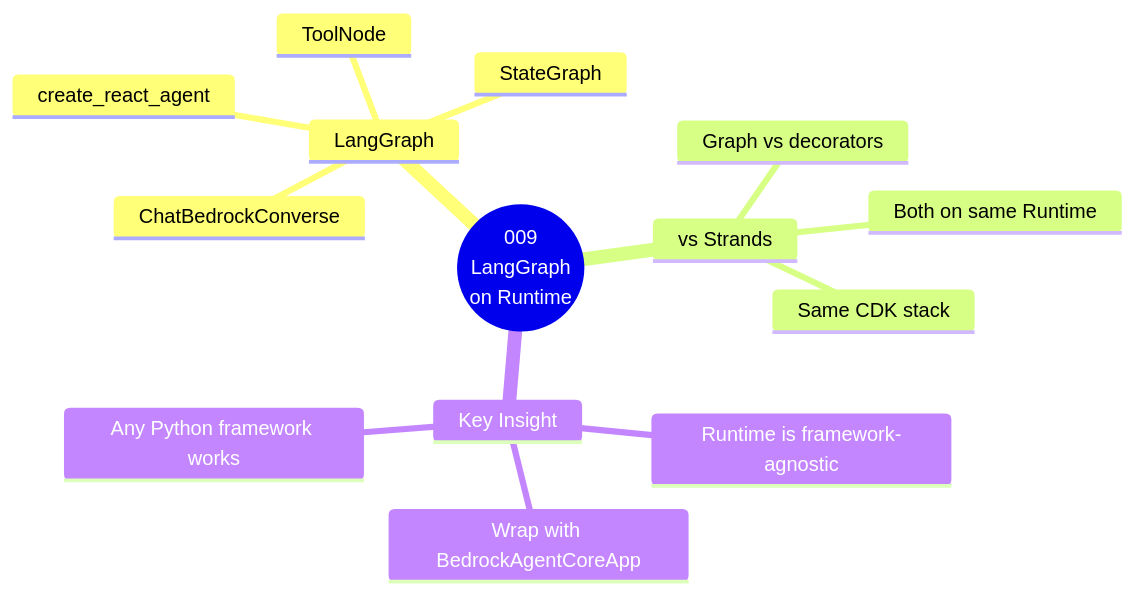
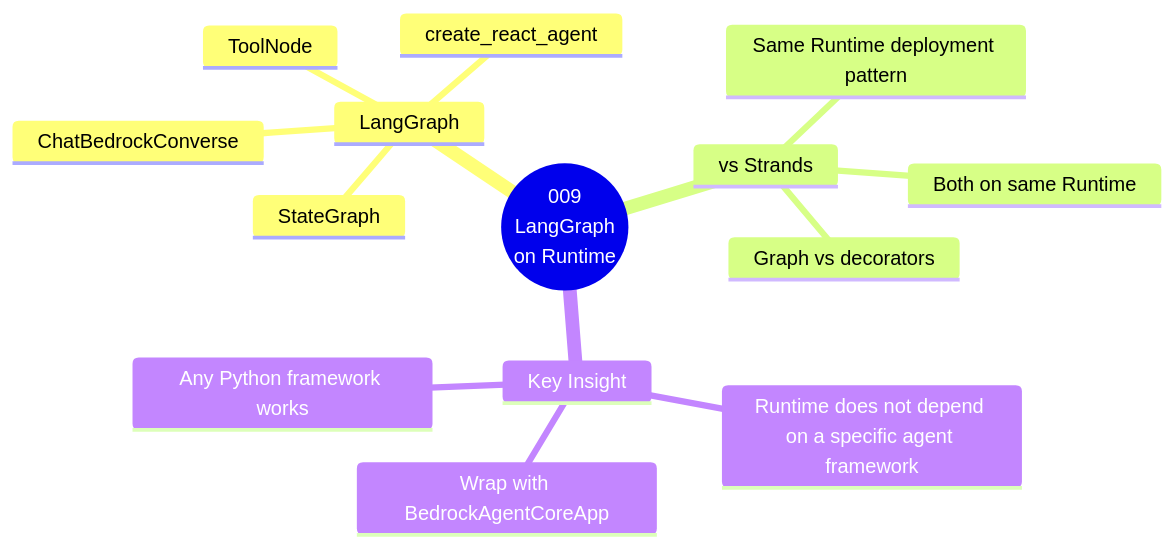
The third of 3 diagrams in 01-runtime/009-runtime-langgraph/README.md (anveshmuppeda/agents-on-aws), drawn with Mermaid before and after one commit. The commit also changed other lines of this file and 38 other files, not shown here.

````diff
--- a/01-runtime/009-runtime-langgraph/README.md
+++ b/01-runtime/009-runtime-langgraph/README.md
@@ -95,19 +95,19 @@
 ```mermaid
 mindmap
   root((009
 LangGraph
 on Runtime))
     LangGraph
       create_react_agent
       StateGraph
       ToolNode
       ChatBedrockConverse
     vs Strands
       Graph vs decorators
       Both on same Runtime
-      Same CDK stack
+      Same Runtime deployment pattern
     Key Insight
-      Runtime is framework-agnostic
+      Runtime does not depend on a specific agent framework
       Wrap with BedrockAgentCoreApp
       Any Python framework works
 ```
````
